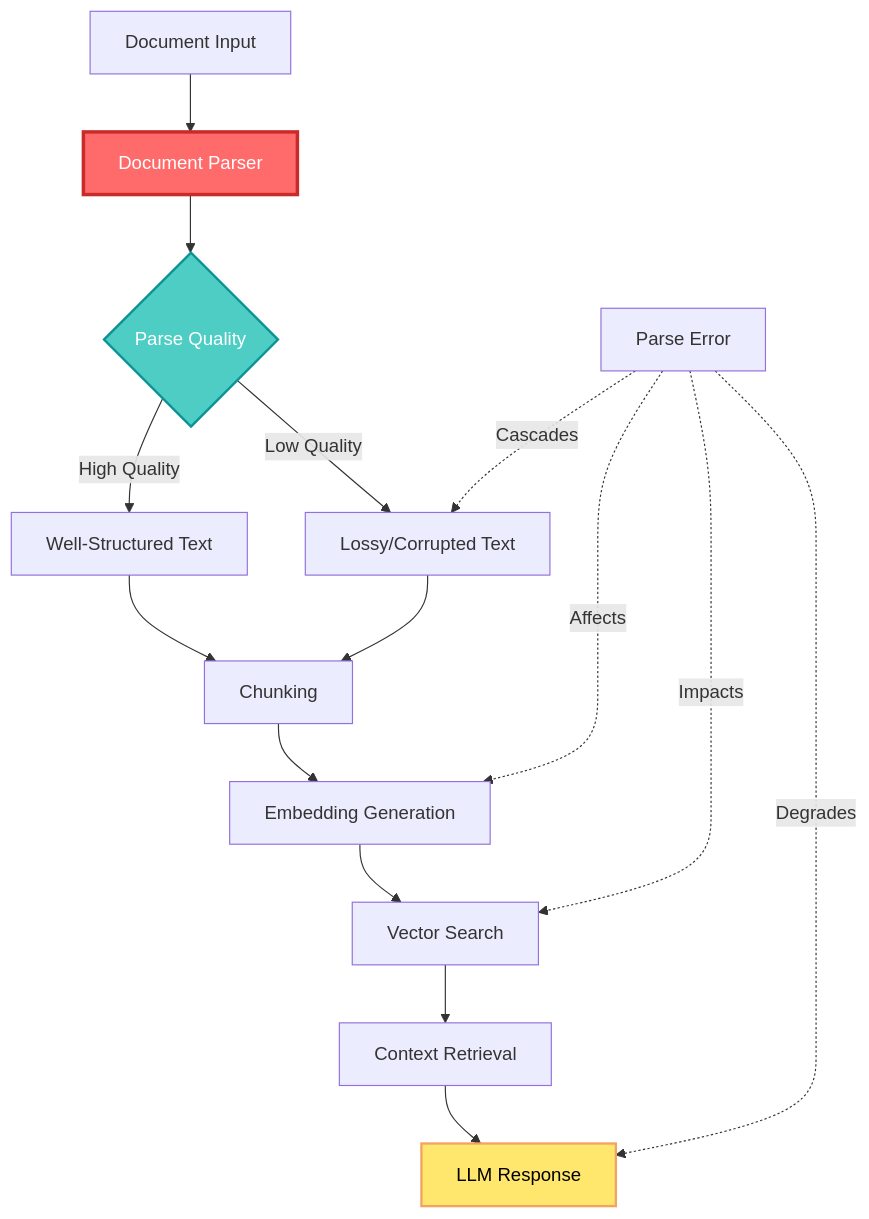
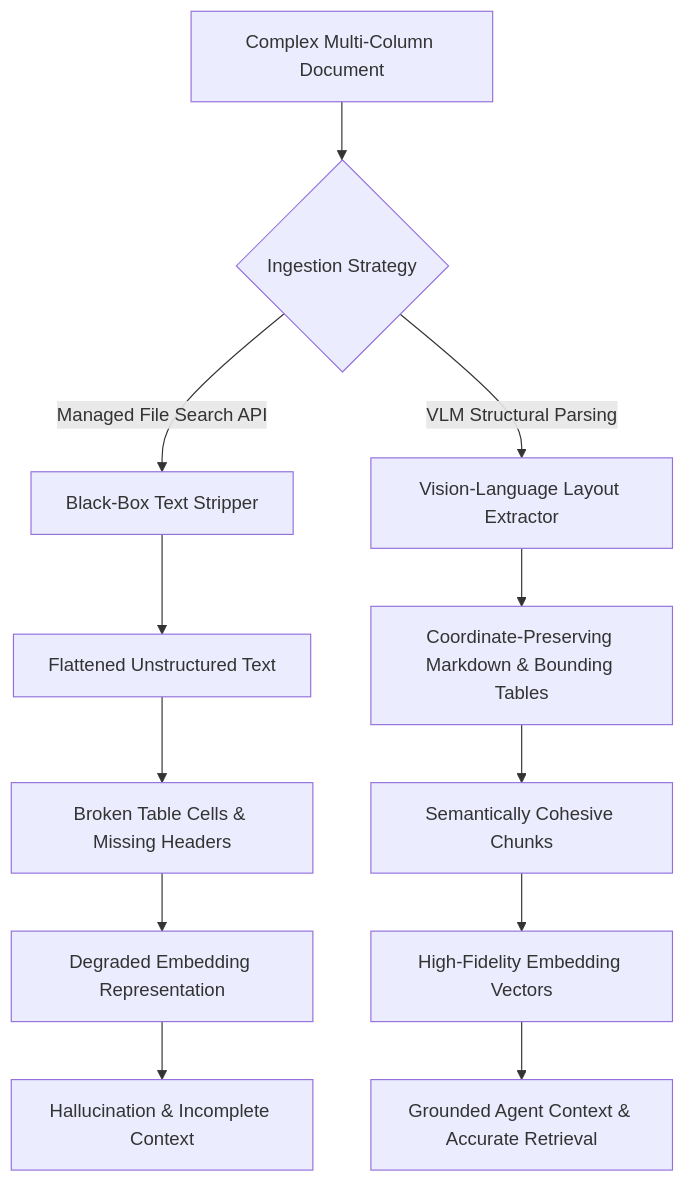
One commit to akillness/akillness.github.io changed the diagram in _posts/2025/11/2025-11-16-stormparse-vs-googleapi.md. Above: the diagram before and after it, drawn with Mermaid. The commit also changed other lines of this file and 1 other file, not shown here.

````diff
--- a/_posts/2025/11/2025-11-16-stormparse-vs-googleapi.md
+++ b/_posts/2025/11/2025-11-16-stormparse-vs-googleapi.md
@@ -35,22 +20,17 @@
 ```mermaid
 graph TB
-    A[Document Input] --> B[Document Parser]
-    B --> C{Parse Quality}
-    C -->|High Quality| D[Well-Structured Text]
-    C -->|Low Quality| E[Lossy/Corrupted Text]
-    D --> F[Chunking]
-    E --> F
-    F --> G[Embedding Generation]
-    G --> H[Vector Search]
-    H --> I[Context Retrieval]
-    I --> J[LLM Response]
+    Doc[Complex Multi-Column Document] --> PipelineChoice{Ingestion Strategy}
+    PipelineChoice -->|Managed File Search API| APIParse[Black-Box Text Stripper]
+    PipelineChoice -->|VLM Structural Parsing| VLMParse[Vision-Language Layout Extractor]
     
-    style B fill:#ff6b6b,stroke:#c92a2a,stroke-width:3px,color:#fff
-    style C fill:#4ecdc4,stroke:#0a9396,stroke-width:2px,color:#fff
-    style J fill:#ffe66d,stroke:#f4a261,stroke-width:2px,color:#000
+    APIParse --> FlattenedText[Flattened Unstructured Text]
+    FlattenedText --> SplitChunks[Broken Table Cells & Missing Headers]
+    SplitChunks --> BrokenEmbed[Degraded Embedding Representation]
     
-    K[Parse Error] -.->|Cascades| E
-    K -.->|Affects| G
-    K -.->|Impacts| H
-    K -.->|Degrades| J
+    VLMParse --> StructuredMarkdown[Coordinate-Preserving Markdown & Bounding Tables]
+    StructuredMarkdown --> CleanChunks[Semantically Cohesive Chunks]
+    CleanChunks --> HighPrecisionEmbed[High-Fidelity Embedding Vectors]
+
+    BrokenEmbed --> DegradedRAG[Hallucination & Incomplete Context]
+    HighPrecisionEmbed --> ReliableRAG[Grounded Agent Context & Accurate Retrieval]
 ```
````
